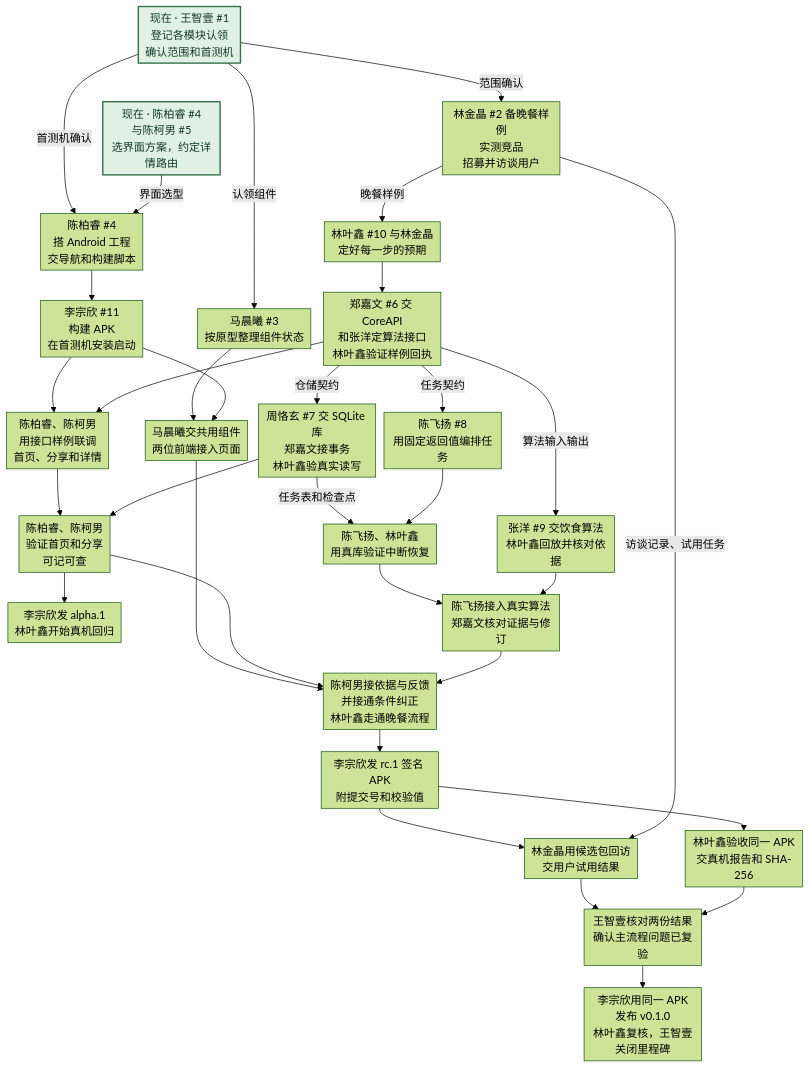
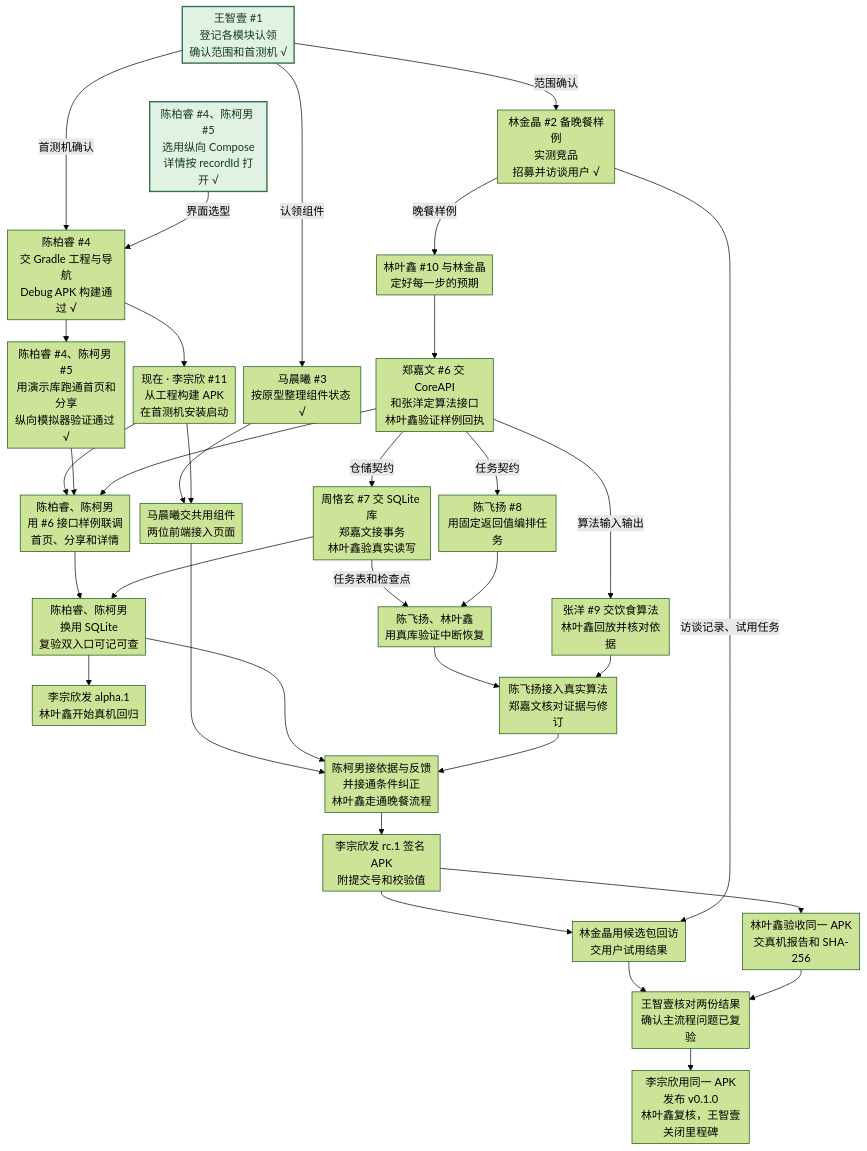
The diagram in homework/team/task8/plan.md (155TuT/2601-fzu-SoftwareEngineering-YuezhongWu), drawn with Mermaid (forest theme) before and after one commit. The commit also changed other lines of this file and 15 other files, not shown here.

````diff
--- a/homework/team/task8/plan.md
+++ b/homework/team/task8/plan.md
@@ -52,44 +52,46 @@
 ```mermaid
 %%{init: {"flowchart": {"nodeSpacing": 12, "rankSpacing": 32, "padding": 5, "wrappingWidth": 150}}}%%
 flowchart TD
     accTitle: PebblePile Android v0.1.0 工作依赖
-    claim["现在 · 王智壹 #1<br/>登记各模块认领<br/>确认范围和首测机"]:::ready
-    route["现在 · 陈柏睿 #4<br/>与陈柯男 #5<br/>选界面方案，约定详情路由"]:::ready
+    claim["王智壹 #1<br/>登记各模块认领<br/>确认范围和首测机 √"]:::ready
+    route["陈柏睿 #4、陈柯男 #5<br/>选用纵向 Compose<br/>详情按 recordId 打开 √"]:::ready
 
-    claim -->|范围确认| research["林金晶 #2 备晚餐样例<br/>实测竞品<br/>招募并访谈用户"]
+    claim -->|范围确认| research["林金晶 #2 备晚餐样例<br/>实测竞品<br/>招募并访谈用户 √"]
     research -->|晚餐样例| sample["林叶鑫 #10 与林金晶<br/>定好每一步的预期"]
-    claim -->|认领组件| design["马晨曦 #3<br/>按原型整理组件状态"]
-    claim -->|首测机确认| project["陈柏睿 #4<br/>搭 Android 工程<br/>交导航和构建脚本"]
+    claim -->|认领组件| design["马晨曦 #3<br/>按原型整理组件状态 √"]
+    claim -->|首测机确认| project["陈柏睿 #4<br/>交 Gradle 工程与导航<br/>Debug APK 构建通过 √"]
     route -->|界面选型| project
-    project --> install["李宗欣 #11<br/>构建 APK<br/>在首测机安装启动"]
+    project --> install["现在 · 李宗欣 #11<br/>从工程构建 APK<br/>在首测机安装启动"]
+    project --> demo["陈柏睿 #4、陈柯男 #5<br/>用演示库跑通首页和分享<br/>纵向模拟器验证通过 √"]
 
     sample --> api["郑嘉文 #6 交 CoreAPI<br/>和张洋定算法接口<br/>林叶鑫验证样例回执"]
     design --> components["马晨曦交共用组件<br/>两位前端接入页面"]
     install --> components
-    install --> pages["陈柏睿、陈柯男<br/>用接口样例联调<br/>首页、分享和详情"]
+    install --> pages["陈柏睿、陈柯男<br/>用 #6 接口样例联调<br/>首页、分享和详情"]
+    demo --> pages
     api --> pages
     api -->|仓储契约| db["周恪玄 #7 交 SQLite 库<br/>郑嘉文接事务<br/>林叶鑫验真实读写"]
     api -->|任务契约| jobs["陈飞扬 #8<br/>用固定返回值编排任务"]
     api -->|算法输入输出| replay["张洋 #9 交饮食算法<br/>林叶鑫回放并核对依据"]
 
-    pages --> entries["陈柏睿、陈柯男<br/>验证首页和分享<br/>可记可查"]
+    pages --> entries["陈柏睿、陈柯男<br/>换用 SQLite<br/>复验双入口可记可查"]
     db --> entries
     entries --> alpha["李宗欣发 alpha.1<br/>林叶鑫开始真机回归"]
     db -->|任务表和检查点| recover["陈飞扬、林叶鑫<br/>用真库验证中断恢复"]
     jobs --> recover
     recover --> results["陈飞扬接入真实算法<br/>郑嘉文核对证据与修订"]
     replay --> results
 
     components --> dinner["陈柯男接依据与反馈<br/>并接通条件纠正<br/>林叶鑫走通晚餐流程"]
     entries --> dinner
     results --> dinner
     dinner --> rc["李宗欣发 rc.1 签名 APK<br/>附提交号和校验值"]
     rc --> trial["林金晶用候选包回访<br/>交用户试用结果"]
     research -->|访谈记录、试用任务| trial
     rc --> qa["林叶鑫验收同一 APK<br/>交真机报告和 SHA-256"]
     trial --> signoff["王智壹核对两份结果<br/>确认主流程问题已复验"]
     qa --> signoff
     signoff --> release["李宗欣用同一 APK<br/>发布 v0.1.0<br/>林叶鑫复核，王智壹关闭里程碑"]
 
     classDef ready fill:#e1f2e4,stroke:#347149,color:#143a22,stroke-width:2px
 ```
````
